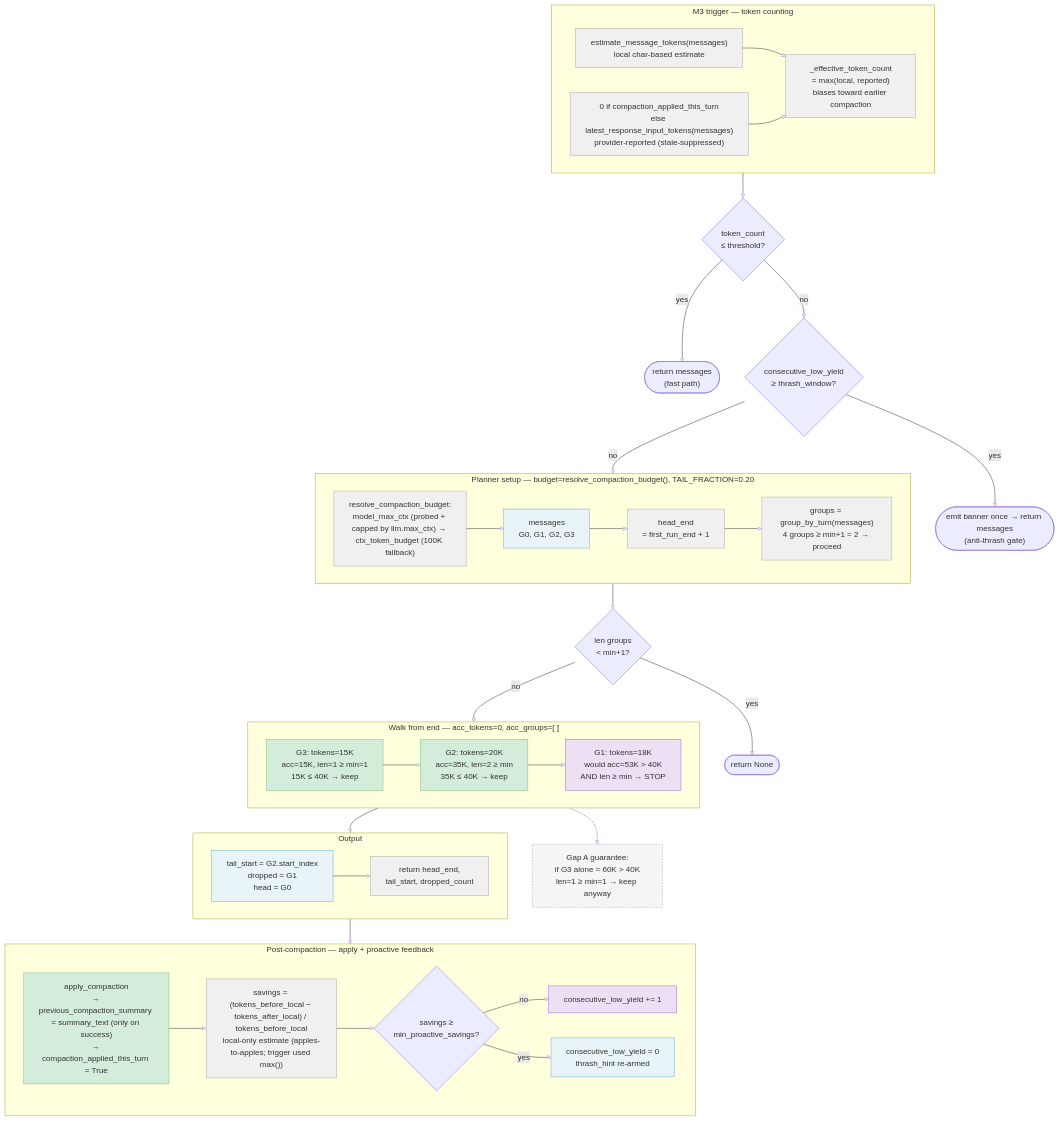
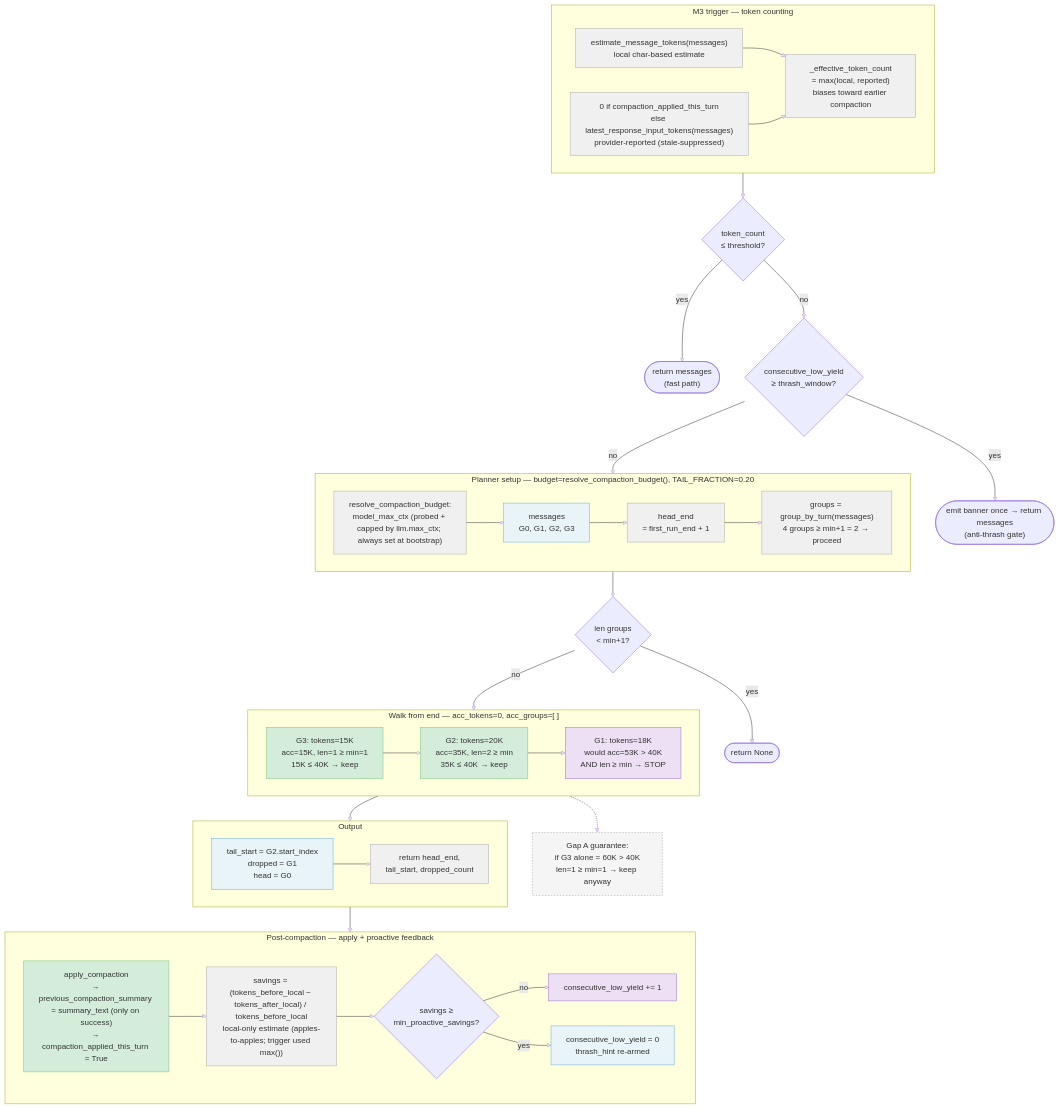
One commit to binlecode/co-cli changed the fourth of 6 diagrams in docs/specs/compaction.md. Above: the diagram before and after it, drawn with Mermaid. The commit also changed other lines of this file and 30 other files, not shown here.

````diff
--- a/docs/specs/compaction.md
+++ b/docs/specs/compaction.md
@@ -173,68 +173,68 @@
 ```mermaid
 flowchart TD
     subgraph Trigger["M3 trigger — token counting"]
         direction LR
         t_local["estimate_message_tokens(messages)\nlocal char-based estimate"]:::meta
         t_rep["0 if compaction_applied_this_turn\nelse latest_response_input_tokens(messages)\nprovider-reported (stale-suppressed)"]:::meta
         t_eff["_effective_token_count\n= max(local, reported)\nbiases toward earlier compaction"]:::meta
         t_local --> t_eff
         t_rep --> t_eff
     end
 
     ThreshCheck{"token_count\n≤ threshold?"}
     FastPath(["return messages\n(fast path)"])
     ThrashCheck{"consecutive_low_yield\n≥ thrash_window?"}
     ThrashGate(["emit banner once → return messages\n(anti-thrash gate)"])
 
     subgraph Setup["Planner setup — budget=resolve_compaction_budget(), TAIL_FRACTION=0.20"]
         direction LR
-        s_bres["resolve_compaction_budget:\nmodel_max_ctx (probed + capped by llm.max_ctx) → ctx_token_budget (100K fallback)"]:::meta --> s_msgs["messages\nG0, G1, G2, G3"]:::head --> s_hinit["head_end\n= first_run_end + 1"]:::meta --> s_grps["groups = group_by_turn(messages)\n4 groups ≥ min+1 = 2 → proceed"]:::meta
+        s_bres["resolve_compaction_budget:\nmodel_max_ctx (probed + capped by llm.max_ctx; always set at bootstrap)"]:::meta --> s_msgs["messages\nG0, G1, G2, G3"]:::head --> s_hinit["head_end\n= first_run_end + 1"]:::meta --> s_grps["groups = group_by_turn(messages)\n4 groups ≥ min+1 = 2 → proceed"]:::meta
     end
 
     Check{len groups\n&lt; min+1?}
     Abort(["return None"])
 
     subgraph Walk["Walk from end — acc_tokens=0, acc_groups=[ ]"]
         direction LR
         w1["G3: tokens=15K\nacc=15K, len=1 ≥ min=1\n15K ≤ 40K → keep"]:::tail --> w2["G2: tokens=20K\nacc=35K, len=2 ≥ min\n35K ≤ 40K → keep"]:::tail --> w3["G1: tokens=18K\nwould acc=53K &gt; 40K\nAND len ≥ min → STOP"]:::marker
     end
 
     subgraph Output["Output"]
         direction LR
         o_bounds["tail_start = G2.start_index\ndropped = G1\nhead = G0"]:::head --> o_ret["return head_end,\ntail_start, dropped_count"]:::meta
     end
 
     note_clamp["Gap A guarantee:\nif G3 alone = 60K &gt; 40K\nlen=1 ≥ min=1 → keep anyway"]:::prior
 
     subgraph PostCompact["Post-compaction — apply + proactive feedback"]
         direction LR
         pc1["apply_compaction\n→ previous_compaction_summary = summary_text (only on success)\n→ compaction_applied_this_turn = True"]:::tail --> pc2["savings = (tokens_before_local − tokens_after_local) / tokens_before_local\nlocal-only estimate (apples-to-apples; trigger used max())"]:::meta --> pc3{"savings ≥\nmin_proactive_savings?"}
         pc3 -->|"no"| pc4["consecutive_low_yield += 1"]:::marker
         pc3 -->|"yes"| pc5["consecutive_low_yield = 0\nthrash_hint re-armed"]:::head
     end
 
     Trigger --> ThreshCheck
     ThreshCheck -->|"yes"| FastPath
     ThreshCheck -->|"no"| ThrashCheck
     ThrashCheck -->|"yes"| ThrashGate
     ThrashCheck -->|"no"| Setup
     Setup --> Check
     Check -->|"yes"| Abort
     Check -->|"no"| Walk
     Walk --> Output
     Output --> PostCompact
     w1 -.-> note_clamp
 
     classDef syspr fill:#fff3e0,stroke:#f57c00
     classDef head fill:#e8f4f8,stroke:#6baed6
     classDef prior fill:#f5f5f5,stroke:#9e9e9e,stroke-dasharray:3 3
     classDef marker fill:#ede0f5,stroke:#9c6fc7
     classDef meta fill:#f0f0f0,stroke:#aaa
     classDef tail fill:#d4edda,stroke:#74c476
 
     class t_local,t_rep,t_eff,s_bres,s_hinit,s_grps,pc2,o_ret meta
     class s_msgs,o_bounds,pc5 head
     class w1,w2,pc1 tail
     class w3,pc4 marker
     class note_clamp prior
 ```
````
